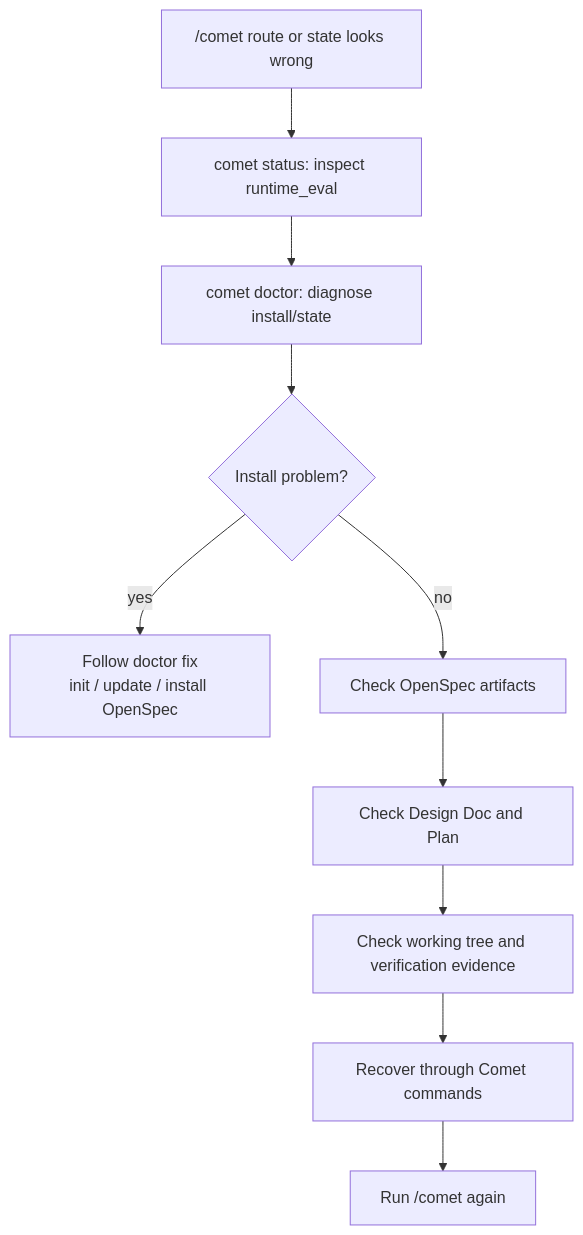
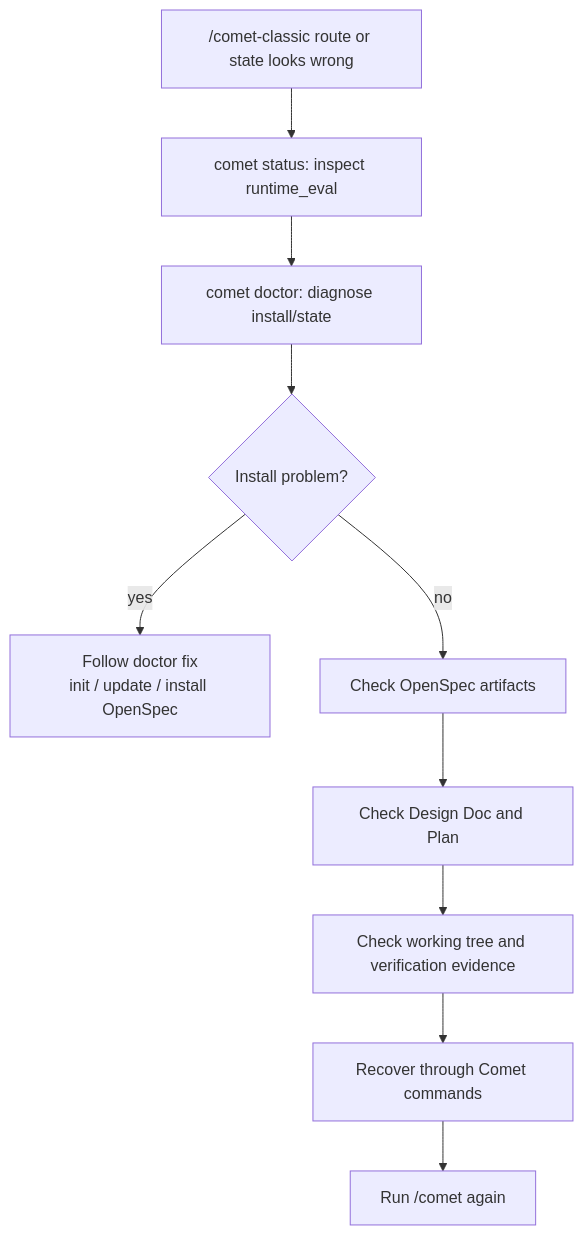
One commit to rpamis/comet-website-docs changed the diagram in en/guides/state-recovery.mdx. Above: the diagram before and after it, drawn with Mermaid. The commit also changed other lines of this file and 114 other files, not shown here.

````diff
--- a/en/guides/state-recovery.mdx
+++ b/en/guides/state-recovery.mdx
@@ -80,12 +87,12 @@
 ```mermaid
 flowchart TD
-  A["/comet route or state looks wrong"] --> B["comet status: inspect runtime_eval"]
+  A["/comet-classic route or state looks wrong"] --> B["comet status: inspect runtime_eval"]
   B --> C["comet doctor: diagnose install/state"]
   C --> D{"Install problem?"}
   D -->|yes| E["Follow doctor fix\ninit / update / install OpenSpec"]
   D -->|no| F["Check OpenSpec artifacts"]
   F --> G["Check Design Doc and Plan"]
   G --> H["Check working tree and verification evidence"]
   H --> I["Recover through Comet commands"]
   I --> J["Run /comet again"]
 ```
````
